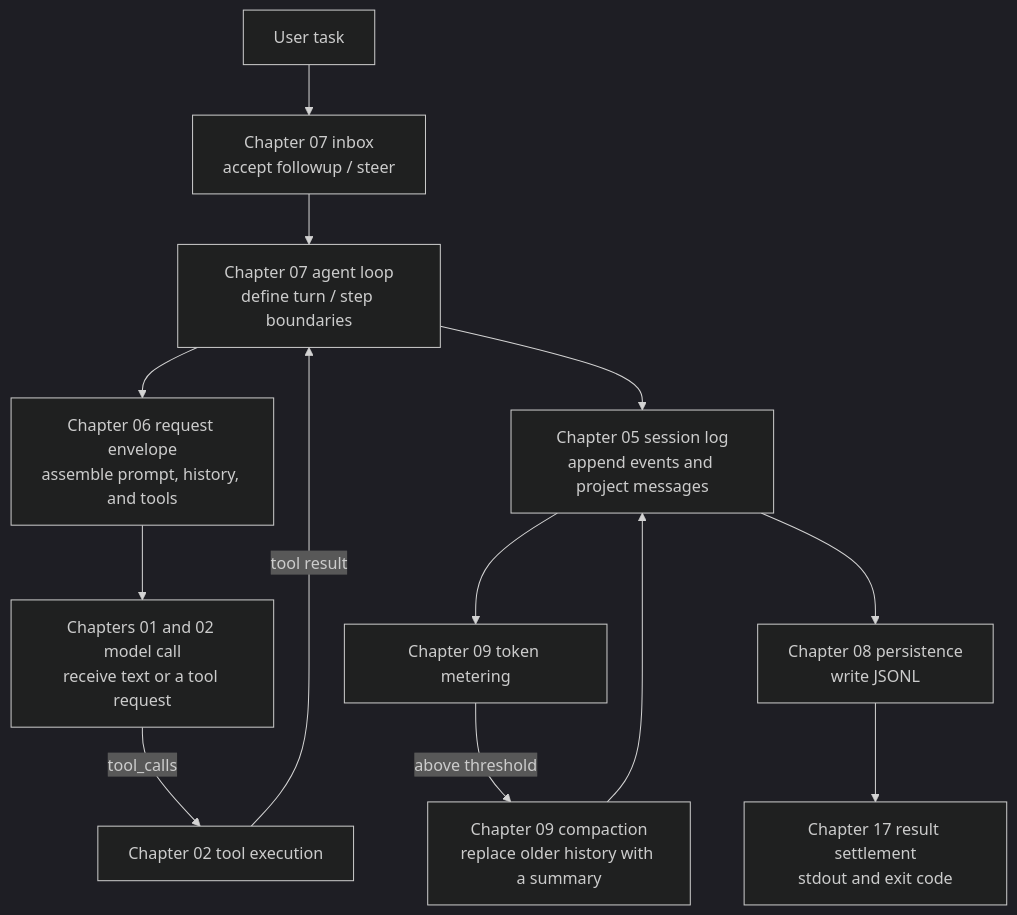
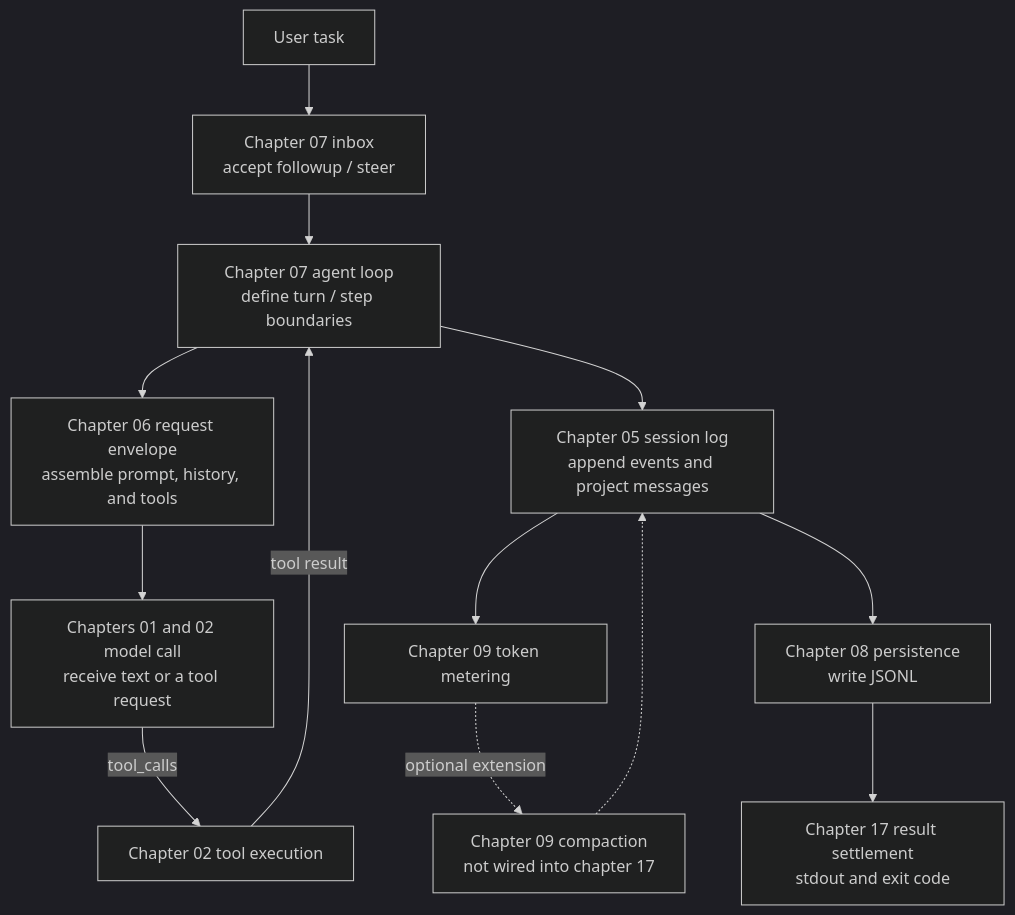
Before and after one commit to warmsum/mini-harness: the diagram in README_EN.md, drawn with Mermaid (dark theme). The commit also changed other lines of this file and 74 other files, not shown here.

````diff
--- a/README_EN.md
+++ b/README_EN.md
@@ -135,15 +135,15 @@
 ```mermaid
 flowchart TB
     TASK[User task] --> INBOX[Chapter 07 inbox<br>accept followup / steer]
     INBOX --> LOOP[Chapter 07 agent loop<br>define turn / step boundaries]
     LOOP --> ENV[Chapter 06 request envelope<br>assemble prompt, history, and tools]
     ENV --> CALL[Chapters 01 and 02 model call<br>receive text or a tool request]
     CALL -->|tool_calls| TOOLS[Chapter 02 tool execution]
     TOOLS -->|tool result| LOOP
     LOOP --> LOG[Chapter 05 session log<br>append events and project messages]
     LOG --> METER[Chapter 09 token metering]
-    METER -->|above threshold| COMPACT[Chapter 09 compaction<br>replace older history with a summary]
-    COMPACT --> LOG
+    METER -.->|optional extension| COMPACT[Chapter 09 compaction<br>not wired into chapter 17]
+    COMPACT -.-> LOG
     LOG --> PERSIST[Chapter 08 persistence<br>write JSONL]
     PERSIST --> OUT[Chapter 17 result settlement<br>stdout and exit code]
 ```
````
